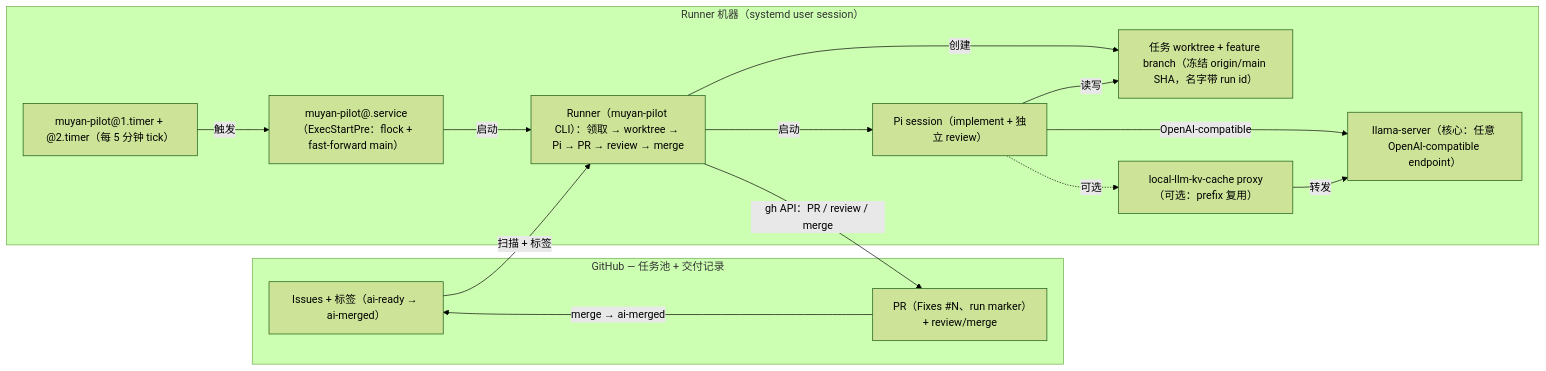
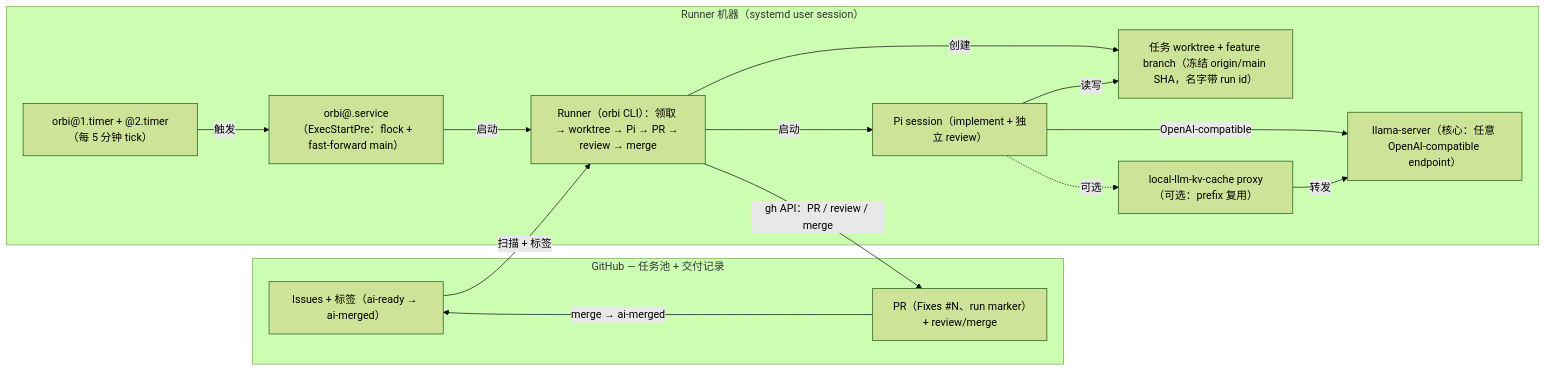
The diagram in docs/zh/index.mdx (orbi-build/orbi), drawn with Mermaid (forest theme) before and after one commit. The commit also changed 83 other files, not shown here.

````diff
--- a/docs/zh/index.mdx
+++ b/docs/zh/index.mdx
@@ -14,27 +14,27 @@
 ```mermaid
 flowchart LR
   subgraph github["GitHub — 任务池 + 交付记录"]
     issues["Issues + 标签（ai-ready → ai-merged）"]
     prs["PR（Fixes #N、run marker）+ review/merge"]
   end
   subgraph machine["Runner 机器（systemd user session）"]
-    timer["muyan-pilot@1.timer + @2.timer（每 5 分钟 tick）"]
-    service["muyan-pilot@.service（ExecStartPre：flock + fast-forward main）"]
-    runner["Runner（muyan-pilot CLI）：领取 → worktree → Pi → PR → review → merge"]
+    timer["orbi@1.timer + @2.timer（每 5 分钟 tick）"]
+    service["orbi@.service（ExecStartPre：flock + fast-forward main）"]
+    runner["Runner（orbi CLI）：领取 → worktree → Pi → PR → review → merge"]
     worktree["任务 worktree + feature branch（冻结 origin/main SHA，名字带 run id）"]
     pi["Pi session（implement + 独立 review）"]
     model["llama-server（核心：任意 OpenAI-compatible endpoint）"]
     proxy["local-llm-kv-cache proxy（可选：prefix 复用）"]
   end
   issues -->|扫描 + 标签| runner
   timer -->|触发| service
   service -->|启动| runner
   runner -->|创建| worktree
   runner -->|启动| pi
   pi -->|读写| worktree
   pi -->|OpenAI-compatible| model
   pi -.->|可选| proxy
   proxy -->|转发| model
   runner -->|gh API：PR / review / merge| prs
   prs -->|merge → ai-merged| issues
 ```
````
